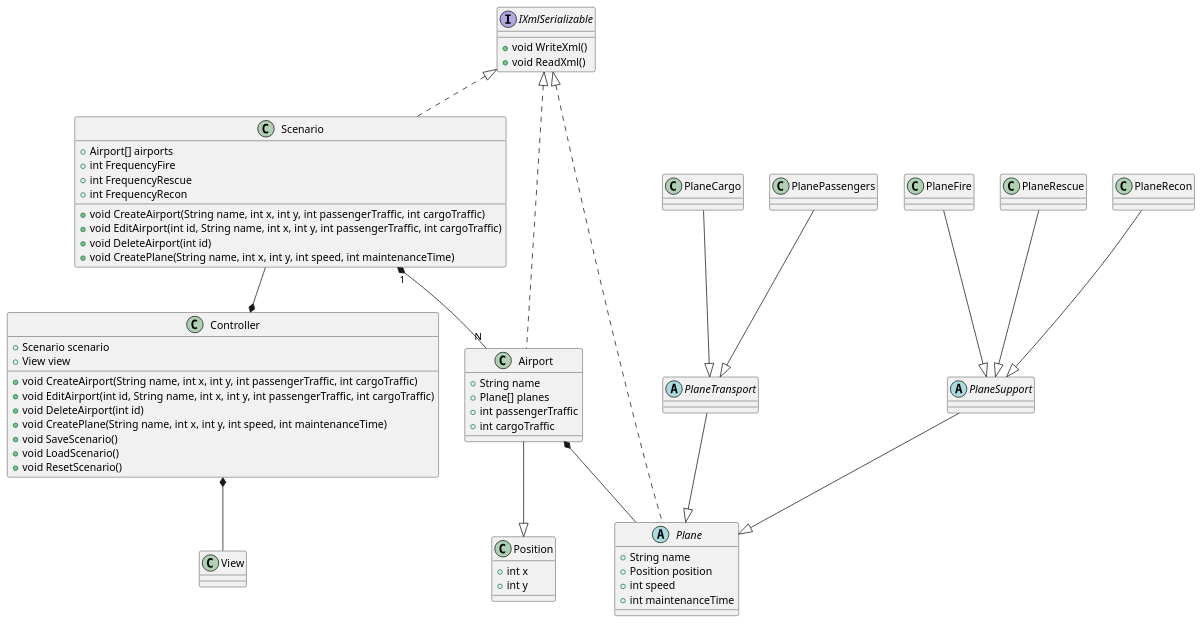
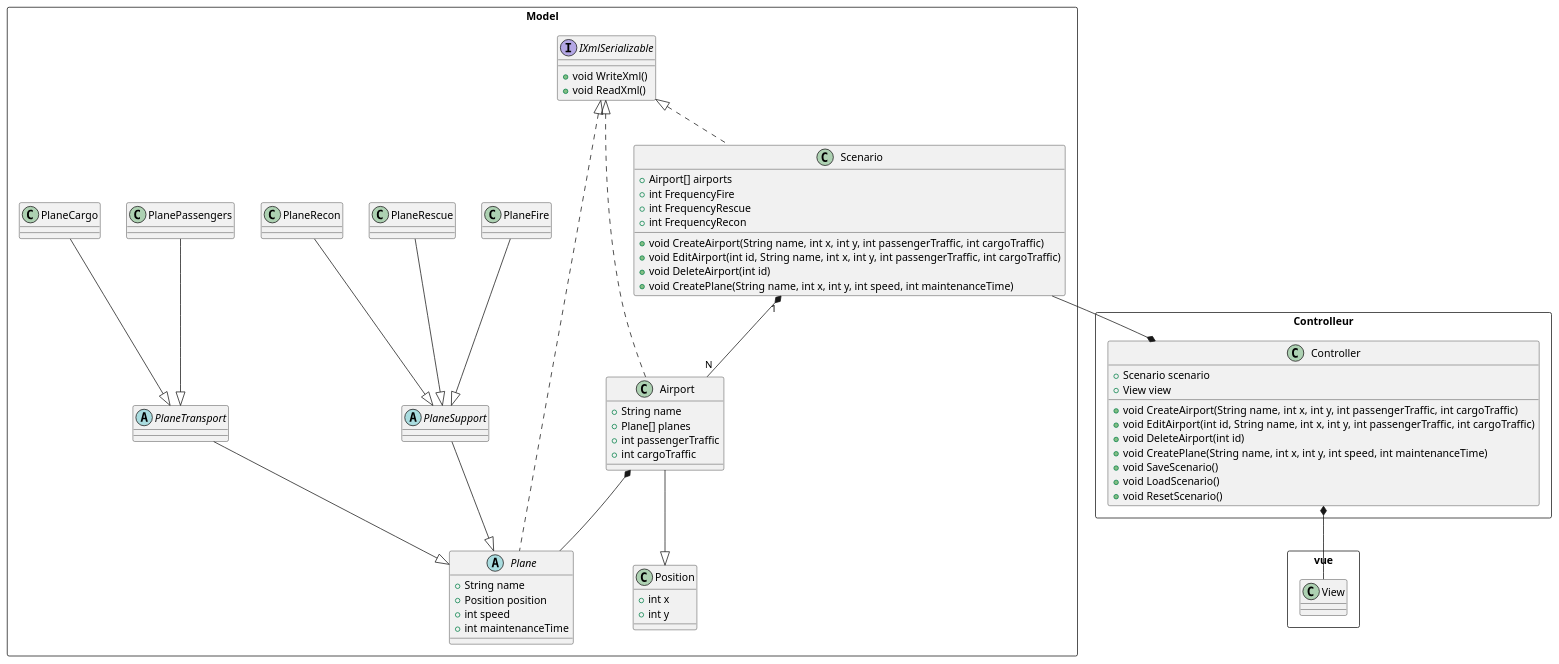
One commit to Homespore165/tututut changed the diagram in PlaneTP/Documentation/ClassDiagramGen.puml. Above: the diagram before and after it, drawn with PlantUML. The commit also changed 1 other file, not shown here.

Commit message:
updated Generator diagram

```diff
--- a/PlaneTP/Documentation/ClassDiagramGen.puml
+++ b/PlaneTP/Documentation/ClassDiagramGen.puml
@@ -1,72 +1,89 @@
 @startuml
+
+rectangle vue {
+	class View { }
+}
+
+rectangle Controlleur {
 class Controller {
 	+ Scenario scenario
 	+ View view
 	+ void CreateAirport(String name, int x, int y, int passengerTraffic, int cargoTraffic)
 	+ void EditAirport(int id, String name, int x, int y, int passengerTraffic, int cargoTraffic)
 	+ void DeleteAirport(int id)
 	+ void CreatePlane(String name, int x, int y, int speed, int maintenanceTime)
 	+ void SaveScenario()
 	+ void LoadScenario()
 	+ void ResetScenario()
 }
+}
 
+rectangle Model {
 class Scenario {
 	+ Airport[] airports 
 	+ int FrequencyFire
 	+ int FrequencyRescue
 	+ int FrequencyRecon
 	+ void CreateAirport(String name, int x, int y, int passengerTraffic, int cargoTraffic)
 	+ void EditAirport(int id, String name, int x, int y, int passengerTraffic, int cargoTraffic)
 	+ void DeleteAirport(int id)
 	+ void CreatePlane(String name, int x, int y, int speed, int maintenanceTime)
 }
 
 interface IXmlSerializable {
 	+ void WriteXml()
 	+ void ReadXml()
 }
 
 class Position {
 	+ int x
 	+ int y
 }
 
 
 abstract class Plane {
 	+ String name
 	+ Position position
 	+ int speed
 	+ int maintenanceTime
 }
 
 abstract class PlaneTransport {
 }
 
 abstract class PlaneSupport {
 }
 
 class Airport {
 	+ String name
 	+ Plane[] planes
 	+ int passengerTraffic
 	+ int cargoTraffic
 }
 
+class PlaneCargo {}
+class PlaneRecon{}
+class PlanePassengers{}
+class PlaneFire{}
+class PlaneRescue{}
+}
+
+
+
 PlaneTransport --|> Plane
 PlaneSupport --|> Plane
 PlaneCargo --|> PlaneTransport
 PlanePassengers --|> PlaneTransport
 PlaneFire --|> PlaneSupport
 PlaneRescue --|> PlaneSupport
 PlaneRecon --|> PlaneSupport
 Airport --|> Position
 Airport *-- Plane
 Scenario "1" *-- "N" Airport
 Scenario --* Controller
 Controller *-- View
 
 IXmlSerializable <|-. Scenario
 IXmlSerializable <|-. Plane
 IXmlSerializable <|-. Airport
 @enduml
```
